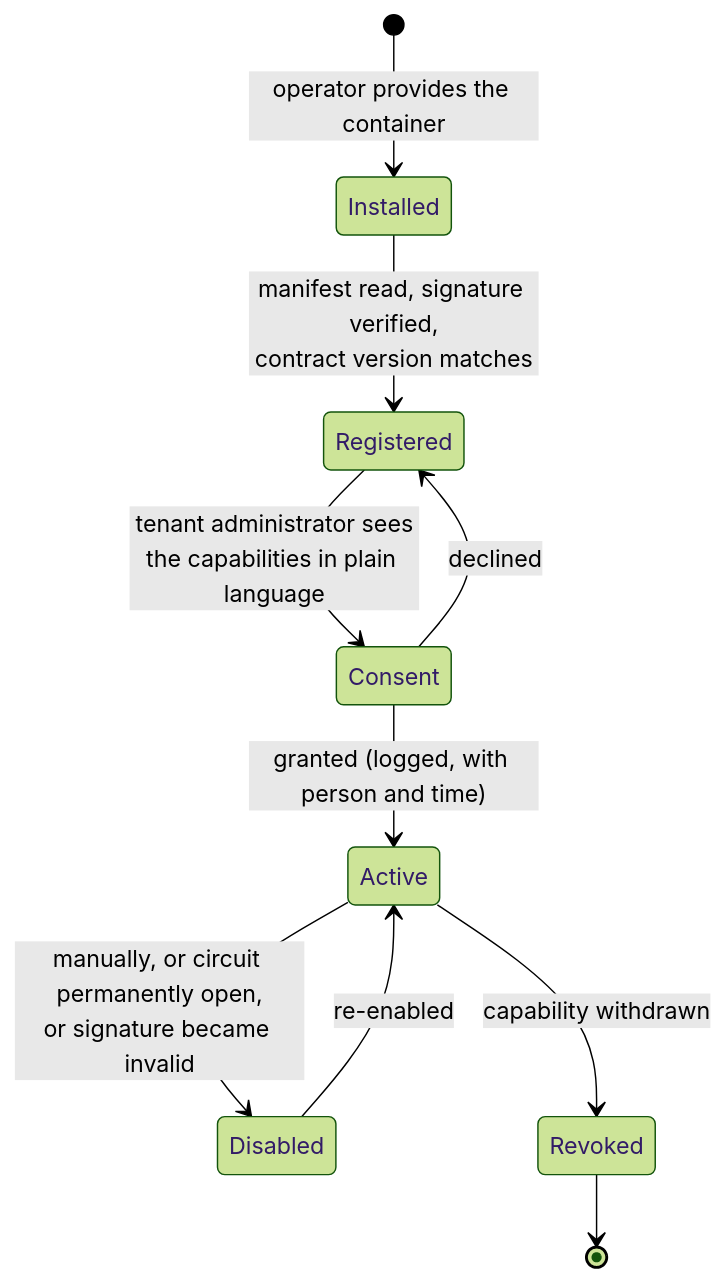
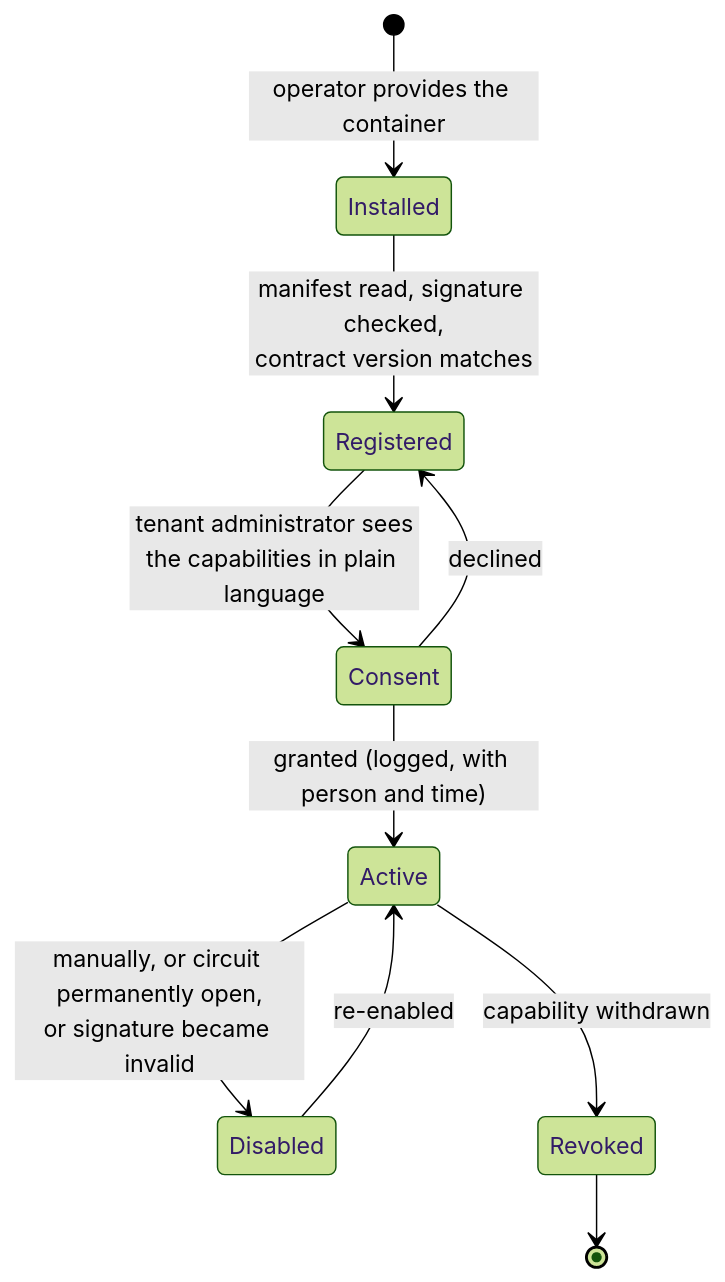
The first of 2 diagrams in docs/architecture/09-extensibility-and-plugins.md (greluc/Home-Inventory), drawn with Mermaid (forest theme) before and after one commit. The commit also changed other lines of this file and 50 other files, not shown here.

````diff
--- a/docs/architecture/09-extensibility-and-plugins.md
+++ b/docs/architecture/09-extensibility-and-plugins.md
@@ -168,12 +168,12 @@
 ```mermaid
 stateDiagram-v2
     [*] --> Installed: operator provides the container
-    Installed --> Registered: manifest read, signature verified,<br/>contract version matches
+    Installed --> Registered: manifest read, signature checked,<br/>contract version matches
     Registered --> Consent: tenant administrator sees<br/>the capabilities in plain language
     Consent --> Active: granted (logged, with person and time)
     Consent --> Registered: declined
     Active --> Disabled: manually, or circuit permanently open,<br/>or signature became invalid
     Disabled --> Active: re-enabled
     Active --> Revoked: capability withdrawn
     Revoked --> [*]
 ```
````
